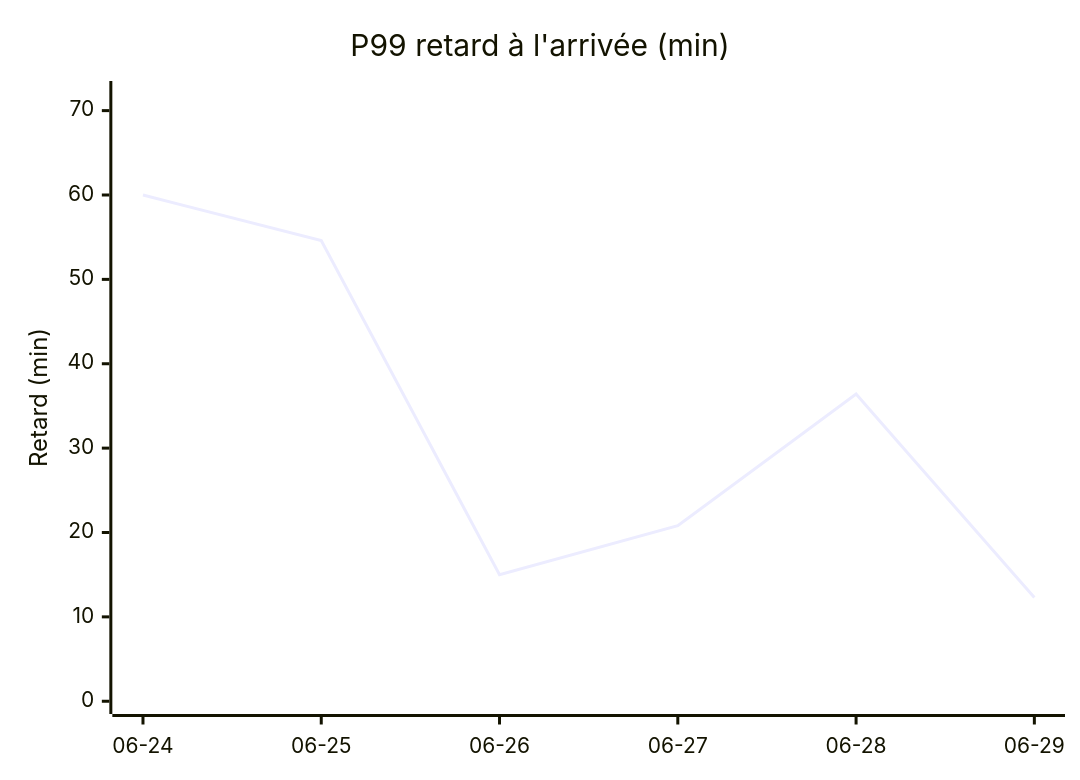
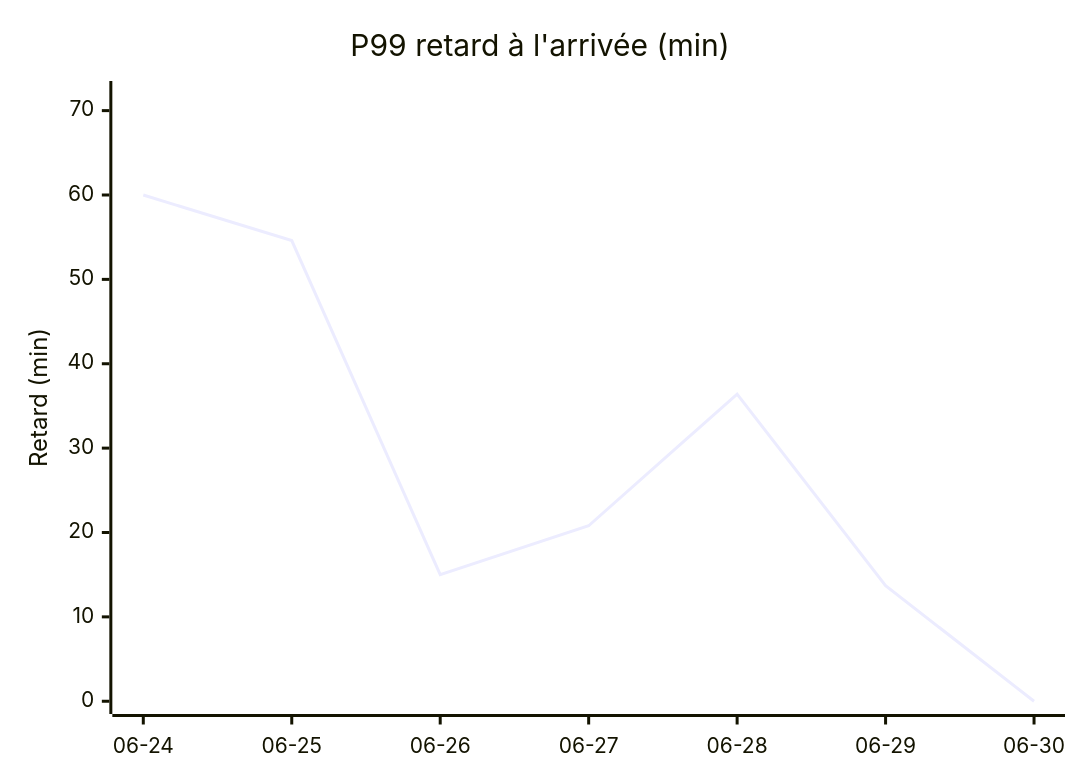
Before and after one commit to antoinerep/horaire-ter: the second of 4 diagrams in STATS.md, drawn with Mermaid. The commit also changed other lines of this file and 1 other file, not shown here.

````diff
--- a/STATS.md
+++ b/STATS.md
@@ -39,7 +39,7 @@
 ```mermaid
 xychart-beta
     title "P99 retard à l'arrivée (min)"
-    x-axis ["06-24", "06-25", "06-26", "06-27", "06-28", "06-29"]
+    x-axis ["06-24", "06-25", "06-26", "06-27", "06-28", "06-29", "06-30"]
     y-axis "Retard (min)" 0 --> 72
-    line [60.0, 54.6, 15.0, 20.8, 36.4, 12.3]
+    line [60.0, 54.6, 15.0, 20.8, 36.4, 13.7, 0.0]
 ```
````
